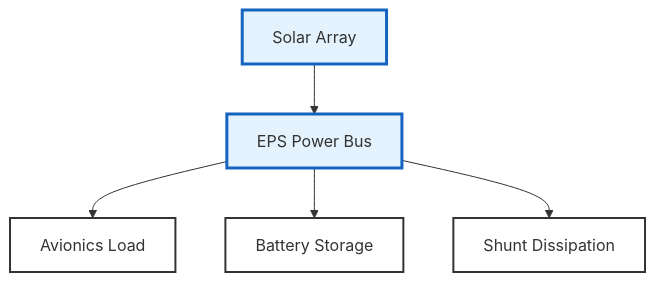
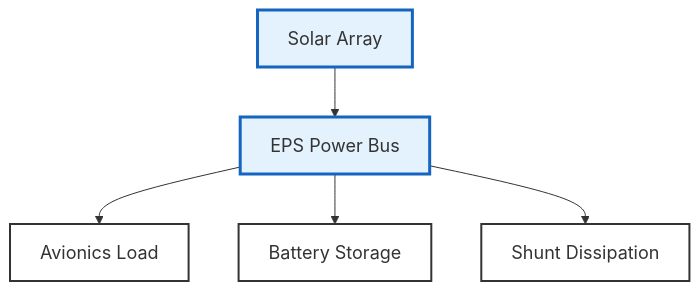
The seventh of 8 diagrams in README.md (chetan0021/spacecraft-eps-power-budget), drawn with Mermaid before and after one commit. The commit also changed other lines of this file, not shown here.

Commit message:
docs: overhaul Mermaid diagrams for visibility and add hifi spacecraft silhouette

````diff
--- a/README.md
+++ b/README.md
@@ -350,18 +357,18 @@
 ```mermaid
 flowchart TD
-    %% Styling
-    classDef default font-family:Inter,font-size:16px,color:#333,stroke-width:2px;
-    classDef highPriority fill:#e3f2fd,stroke:#1565c0,stroke-width:3px;
-    classDef component fill:#ffffff,stroke:#333,stroke-width:2px;
+    %% Styling and Contrast
+    classDef default font-family:Inter,font-size:18px,color:#333,stroke-width:2px;
+    classDef highPriority fill:#e3f2fd,stroke:#1565c0,stroke-width:3px,color:#333;
+    classDef component fill:#ffffff,stroke:#333,stroke-width:2px,color:#333;
 
     SA[Solar Array]:::highPriority
     EPS[EPS Power Bus]:::highPriority
     AVL[Avionics Load]:::component
     BAT[Battery Storage]:::component
     SHUNT[Shunt Dissipation]:::component
 
     SA --> EPS
     EPS --> AVL
     EPS --> BAT
     EPS --> SHUNT
 ```
````
